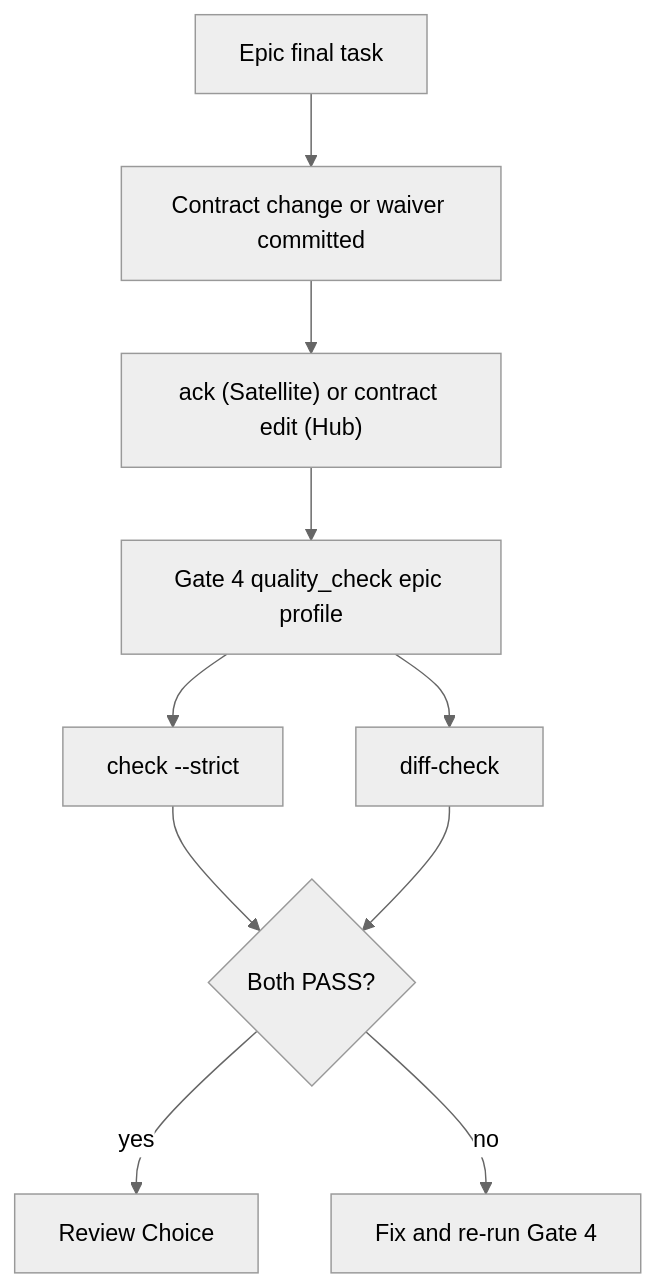
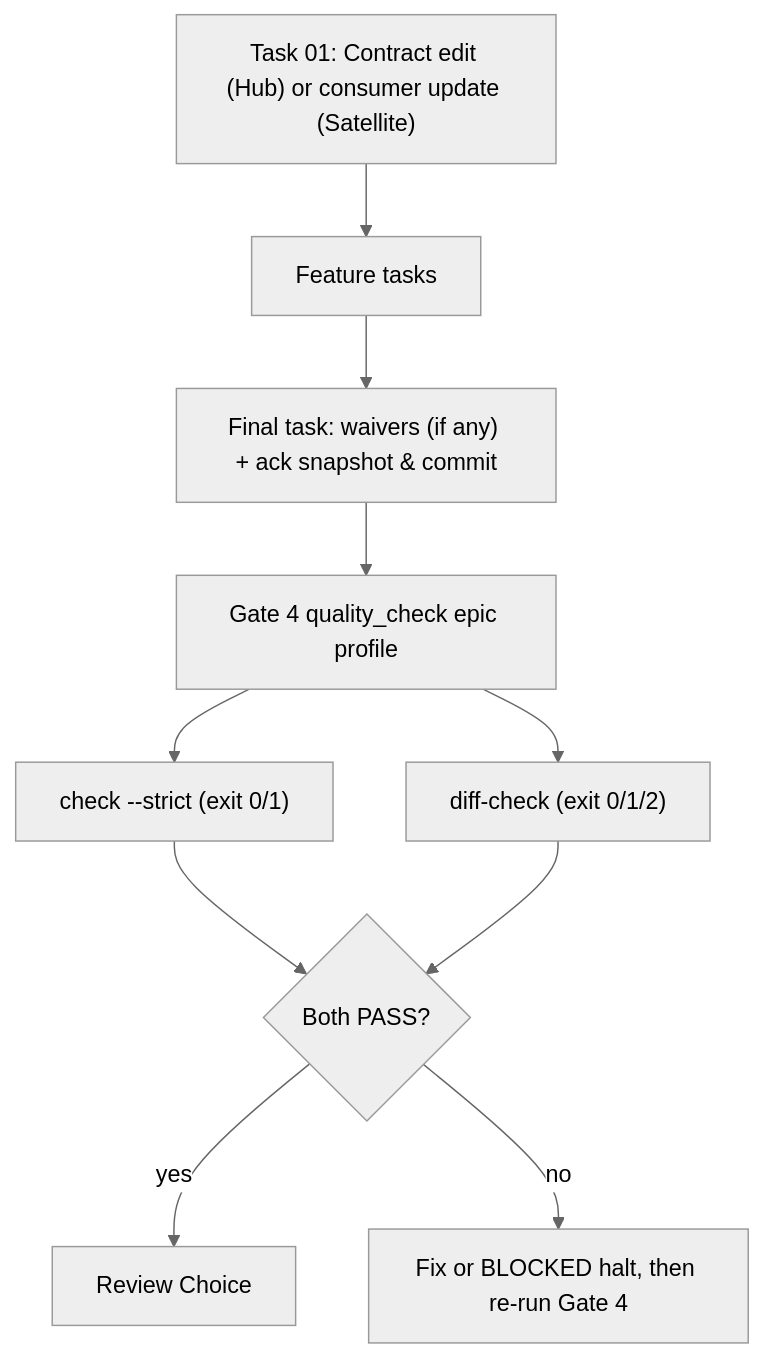
One commit to DanhDue/ai-agent-tools changed the diagram in docs/superpowers/specs/2026-10-31-contract-diff-gate-design.en.md. Above: the diagram before and after it, drawn with Mermaid (neutral theme). The commit also changed other lines of this file and 1 other file, not shown here.

First line of the commit message:
[CONTRACT_DIFF_GATE] Refine design spec with CLI, waiver, and schema details

````diff
--- a/docs/superpowers/specs/2026-10-31-contract-diff-gate-design.en.md
+++ b/docs/superpowers/specs/2026-10-31-contract-diff-gate-design.en.md
@@ -108,12 +168,12 @@
 ```mermaid
 flowchart TD
-    A["Epic final task"] --> B["Contract change or waiver committed"]
-    B --> C["ack (Satellite) or contract edit (Hub)"]
+    A["Task 01: Contract edit (Hub) or consumer update (Satellite)"] --> B["Feature tasks"]
+    B --> C["Final task: waivers (if any) + ack snapshot & commit"]
     C --> D["Gate 4 quality_check epic profile"]
-    D --> E["check --strict"]
-    D --> F["diff-check"]
+    D --> E["check --strict (exit 0/1)"]
+    D --> F["diff-check (exit 0/1/2)"]
     E --> G{"Both PASS?"}
     F --> G
     G -->|yes| H["Review Choice"]
-    G -->|no| I["Fix and re-run Gate 4"]
+    G -->|no| I["Fix or BLOCKED halt, then re-run Gate 4"]
 ```
````
